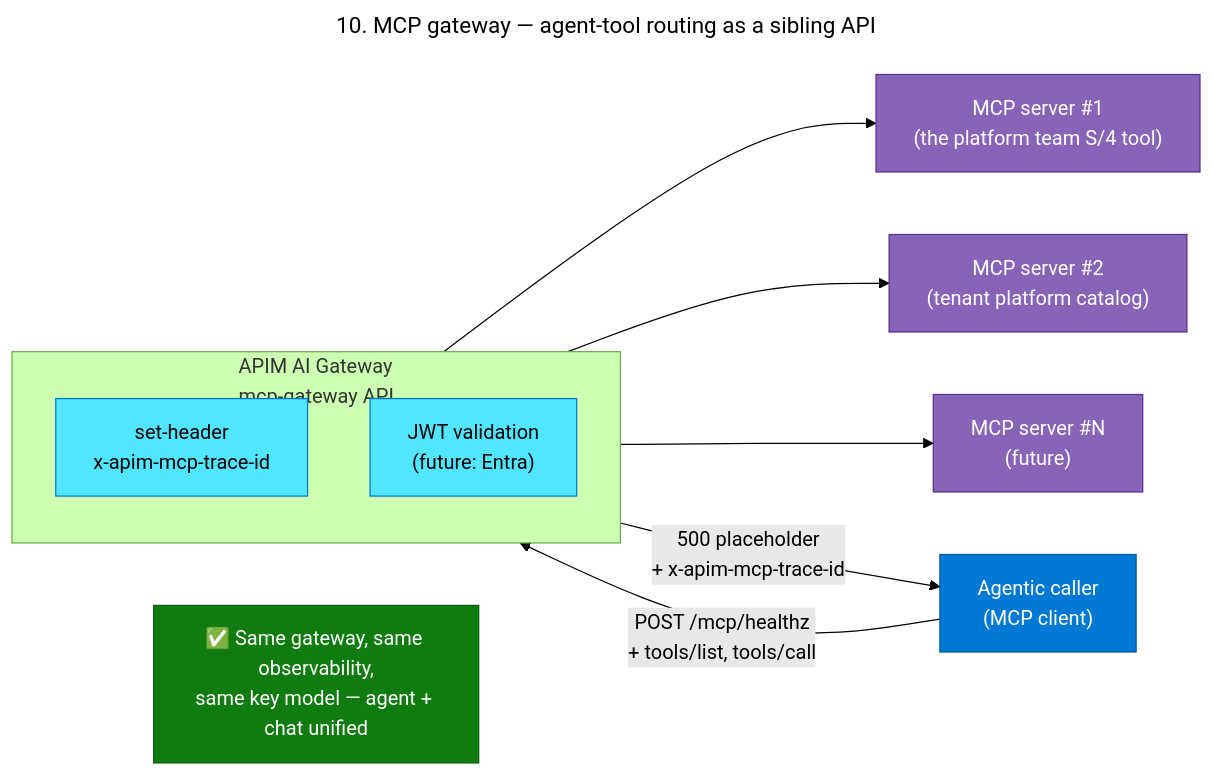
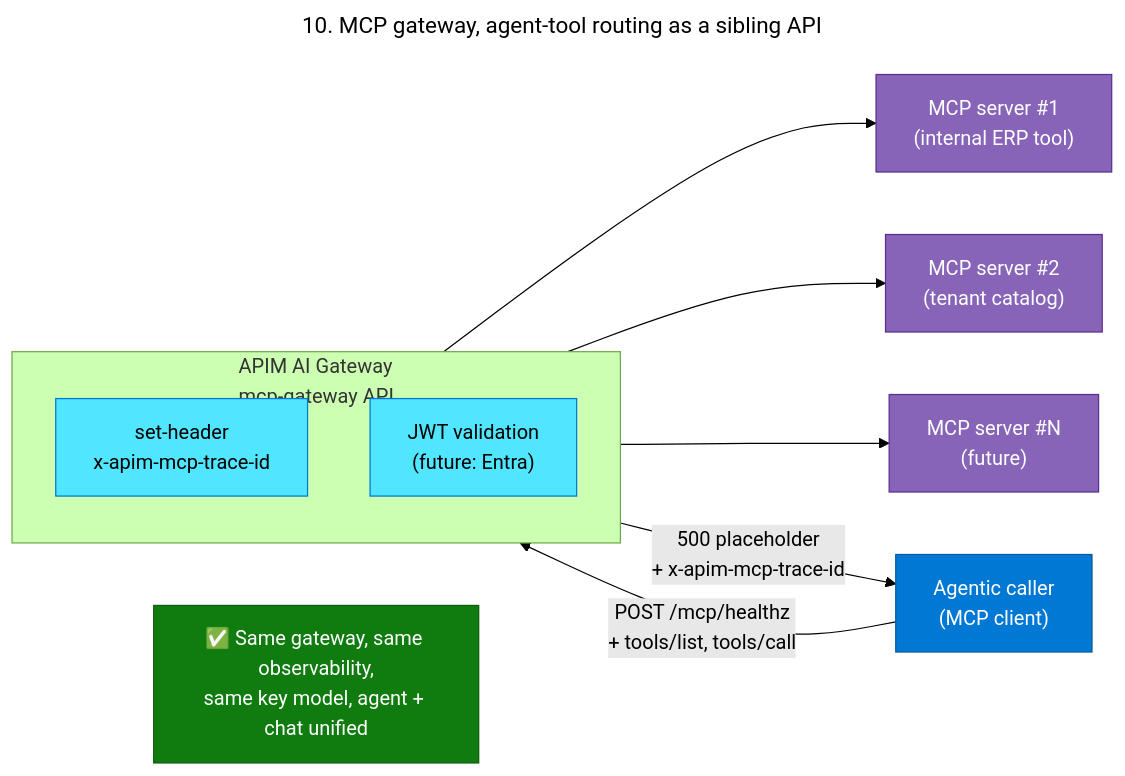
Before and after one commit to renepajta/apim-ai-gateway-lab: the diagram in notebooks/diagrams/10-mcp.mmd, drawn with Mermaid (forest theme). The commit also changed 53 other files, not shown here.

```diff
--- a/notebooks/diagrams/10-mcp.mmd
+++ b/notebooks/diagrams/10-mcp.mmd
@@ -1,25 +1,25 @@
 ---
-title: 10. MCP gateway — agent-tool routing as a sibling API
+title: 10. MCP gateway, agent-tool routing as a sibling API
 ---
 flowchart LR
     A["Agentic caller<br/>(MCP client)"] -->|"POST /mcp/healthz<br/>+ tools/list, tools/call"| G
     subgraph G["APIM AI Gateway<br/>mcp-gateway API"]
         T["set-header<br/>x-apim-mcp-trace-id"]
         AUTH["JWT validation<br/>(future: Entra)"]
     end
-    G --> M1["MCP server #1<br/>(the platform team S/4 tool)"]
-    G --> M2["MCP server #2<br/>(tenant platform catalog)"]
+    G --> M1["MCP server #1<br/>(internal ERP tool)"]
+    G --> M2["MCP server #2<br/>(tenant catalog)"]
     G --> M3["MCP server #N<br/>(future)"]
 
     G -->|"500 placeholder<br/>+ x-apim-mcp-trace-id"| A
 
-    note["✅ Same gateway, same observability,<br/>same key model — agent + chat unified"]
+    note["✅ Same gateway, same observability,<br/>same key model, agent + chat unified"]
 
     classDef client fill:#0078D4,stroke:#005A9E,color:#fff
     classDef gw fill:#50E6FF,stroke:#0078D4,color:#000
     classDef mcp fill:#8764B8,stroke:#5C2E91,color:#fff
     classDef good fill:#107C10,stroke:#0B5C0B,color:#fff
     class A client
     class T,AUTH gw
     class M1,M2,M3 mcp
     class note good
```
